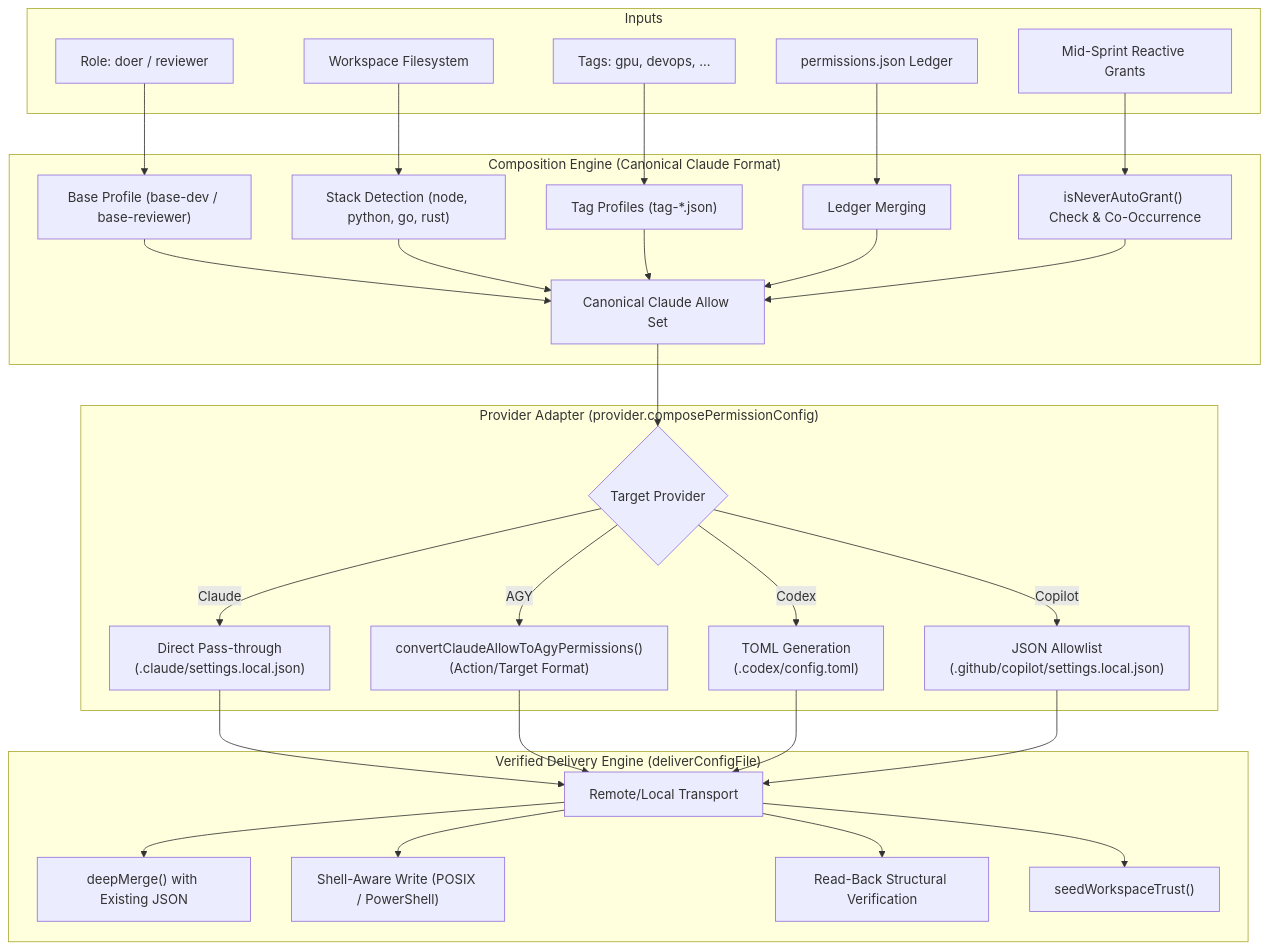
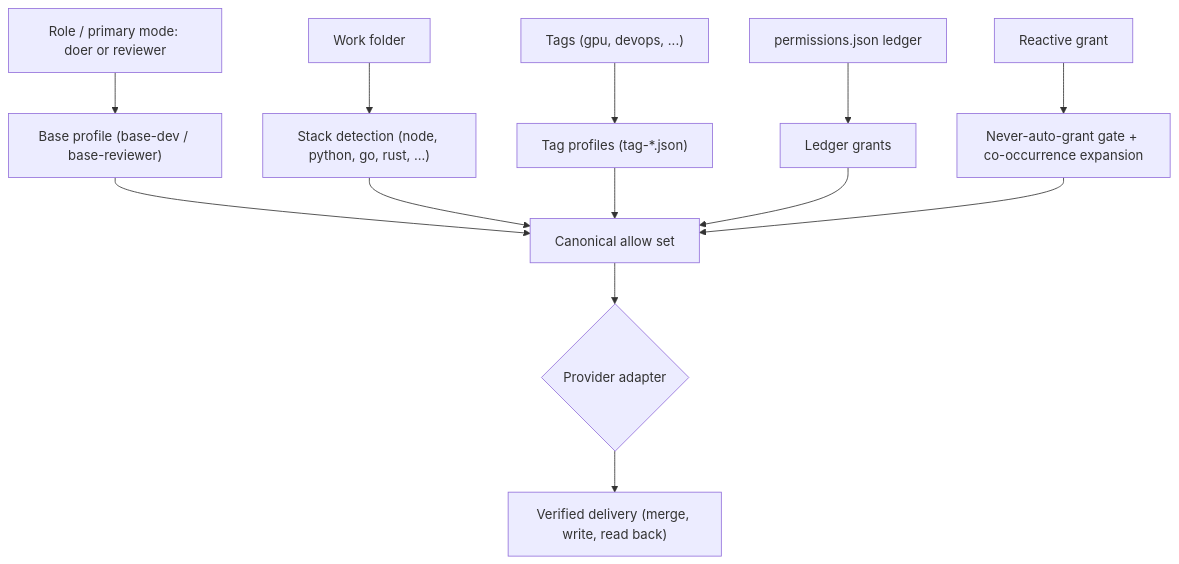
Before and after one commit to Apra-Labs/apra-fleet: the diagram in docs/compose-permissions-design.md, drawn with Mermaid. The commit also changed other lines of this file and 25 other files, not shown here.

First line of the commit message:
docs(agy): document the agy provider as it works now

````diff
--- a/docs/compose-permissions-design.md
+++ b/docs/compose-permissions-design.md
@@ -34,50 +19,15 @@
 ```mermaid
 flowchart TD
-    subgraph Inputs
-        R[Role: doer / reviewer]
-        S[Workspace Filesystem]
-        T[Tags: gpu, devops, ...]
-        L[permissions.json Ledger]
-        G[Mid-Sprint Reactive Grants]
-    end
-
-    subgraph CoreEngine ["Composition Engine (Canonical Claude Format)"]
-        Base["Base Profile (base-dev / base-reviewer)"]
-        StackDetect["Stack Detection (node, python, go, rust)"]
-        TagMerge["Tag Profiles (tag-*.json)"]
-        LedgerMerge["Ledger Merging"]
-        SafetyGate["isNeverAutoGrant() Check & Co-Occurrence"]
-
-        R --> Base
-        S --> StackDetect
-        T --> TagMerge
-        L --> LedgerMerge
-        G --> SafetyGate
-
-        Base --> CanonicalMerge[Canonical Claude Allow Set]
-        StackDetect --> CanonicalMerge
-        TagMerge --> CanonicalMerge
-        LedgerMerge --> CanonicalMerge
-        SafetyGate --> CanonicalMerge
-    end
-
-    subgraph TranslationLayer ["Provider Adapter (provider.composePermissionConfig)"]
-        CanonicalMerge --> Adapter{Target Provider}
-        Adapter -->|Claude| ClaudeFmt["Direct Pass-through\n(.claude/settings.local.json)"]
-        Adapter -->|AGY| AgyFmt["convertClaudeAllowToAgyPermissions()\n(Action/Target Format)"]
-        Adapter -->|Codex| CodexFmt["TOML Generation\n(.codex/config.toml)"]
-        Adapter -->|Copilot| CopilotFmt["JSON Allowlist\n(.github/copilot/settings.local.json)"]
-    end
-
-    subgraph DeliveryEngine ["Verified Delivery Engine (deliverConfigFile)"]
-        ClaudeFmt --> Transport[Remote/Local Transport]
-        AgyFmt --> Transport
-        CodexFmt --> Transport
-        CopilotFmt --> Transport
-
-        Transport --> DeepMerge["deepMerge() with Existing JSON"]
-        Transport --> Write["Shell-Aware Write (POSIX / PowerShell)"]
-        Transport --> Verify["Read-Back Structural Verification"]
-        Transport --> Trust["seedWorkspaceTrust()"]
-    end
+    R[Role / primary mode: doer or reviewer] --> Base["Base profile (base-dev / base-reviewer)"]
+    S[Work folder] --> Stack["Stack detection (node, python, go, rust, ...)"]
+    T["Tags (gpu, devops, ...)"] --> Tag["Tag profiles (tag-*.json)"]
+    L["permissions.json ledger"] --> Ledger["Ledger grants"]
+    G["Reactive grant"] --> Gate["Never-auto-grant gate + co-occurrence expansion"]
+    Base --> Allow[Canonical allow set]
+    Stack --> Allow
+    Tag --> Allow
+    Ledger --> Allow
+    Gate --> Allow
+    Allow --> Adapter{Provider adapter}
+    Adapter --> Deliver["Verified delivery (merge, write, read back)"]
 ```
````
